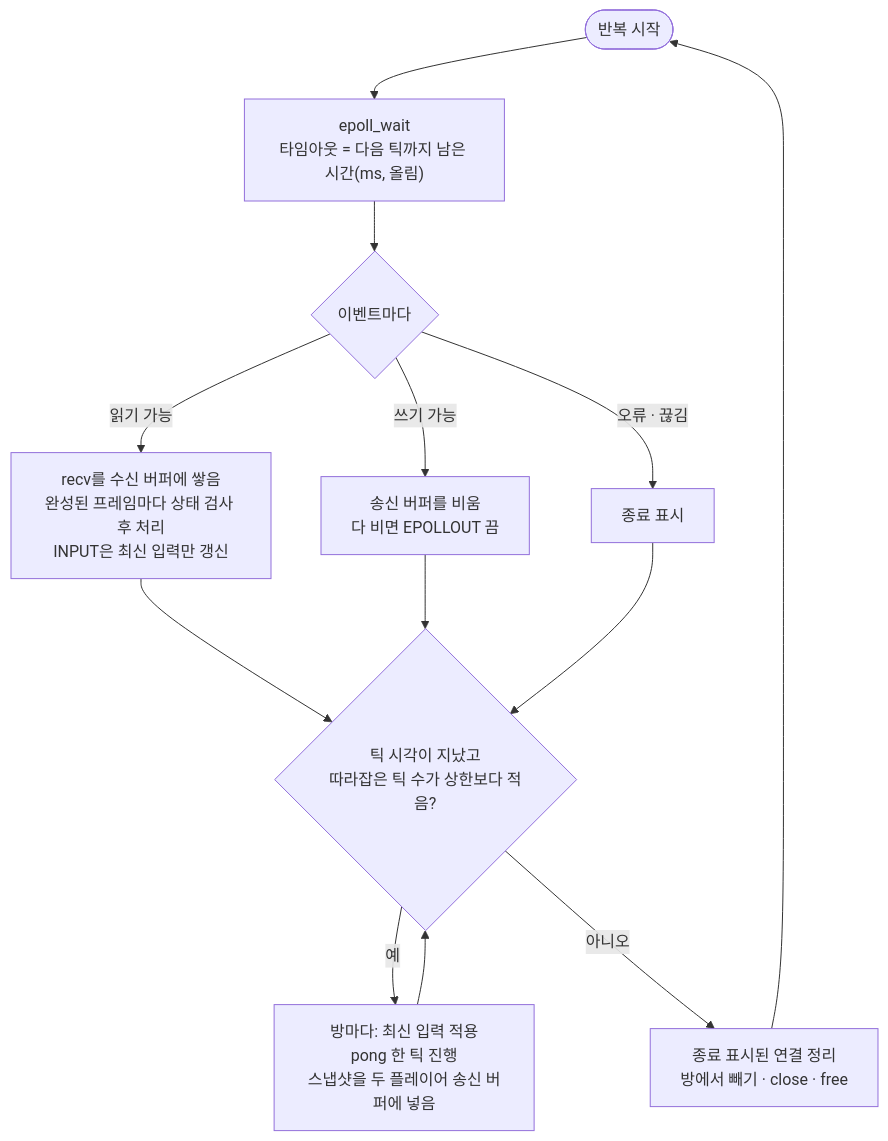
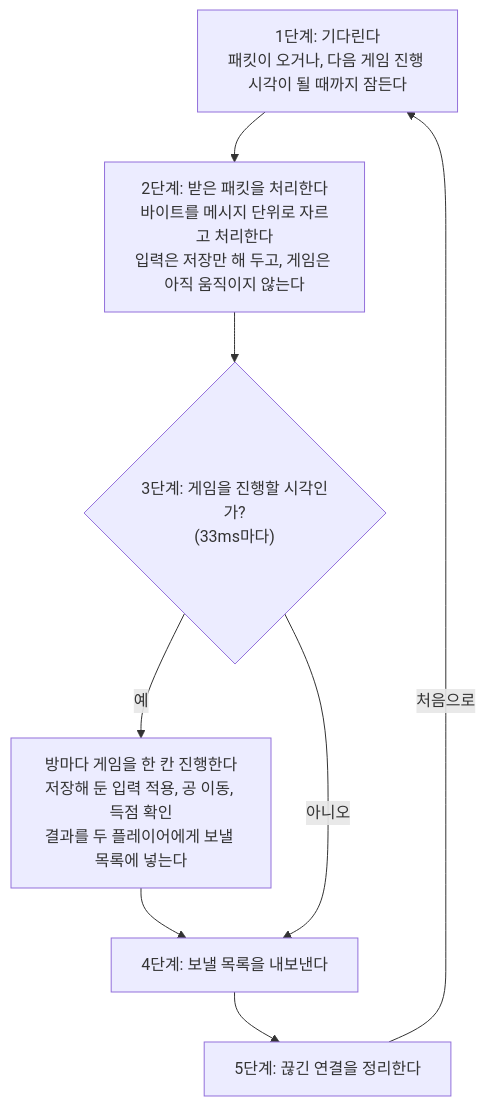
Before and after one commit to JustForLabor/Relay-Server-Practice: the second of 4 diagrams in docs/overview.md, drawn with Mermaid. The commit also changed other lines of this file and 1 other file, not shown here.

Commit message:
docs(overview): plain-language main loop and connection state diagrams; checker rule 4

````diff
--- a/docs/overview.md
+++ b/docs/overview.md
@@ -101,16 +103,14 @@
 ```mermaid
 flowchart TB
-    START(["반복 시작"]) --> WAIT["epoll_wait<br/>타임아웃 = 다음 틱까지 남은 시간(ms, 올림)"]
-    WAIT --> EV{"이벤트마다"}
-    EV -->|읽기 가능| RD["recv를 수신 버퍼에 쌓음<br/>완성된 프레임마다 상태 검사 후 처리<br/>INPUT은 최신 입력만 갱신"]
-    EV -->|쓰기 가능| WR["송신 버퍼를 비움<br/>다 비면 EPOLLOUT 끔"]
-    EV -->|오류 · 끊김| CL["종료 표시"]
-    RD --> TICK
-    WR --> TICK
-    CL --> TICK
-    TICK{"틱 시각이 지났고<br/>따라잡은 틱 수가 상한보다 적음?"}
-    TICK -->|예| SIM["방마다: 최신 입력 적용<br/>pong 한 틱 진행<br/>스냅샷을 두 플레이어 송신 버퍼에 넣음"]
-    SIM --> TICK
-    TICK -->|아니오| SWEEP["종료 표시된 연결 정리<br/>방에서 빼기 · close · free"]
-    SWEEP --> START
+    s1["1단계: 기다린다<br/>패킷이 오거나, 다음 게임 진행 시각이 될 때까지 잠든다"]
+    s2["2단계: 받은 패킷을 처리한다<br/>바이트를 메시지 단위로 자르고 처리한다<br/>입력은 저장만 해 두고, 게임은 아직 움직이지 않는다"]
+    s3{"3단계: 게임을 진행할 시각인가?<br/>(33ms마다)"}
+    s4["방마다 게임을 한 칸 진행한다<br/>저장해 둔 입력 적용, 공 이동, 득점 확인<br/>결과를 두 플레이어에게 보낼 목록에 넣는다"]
+    s5["4단계: 보낼 목록을 내보낸다"]
+    s6["5단계: 끊긴 연결을 정리한다"]
+    s1 --> s2 --> s3
+    s3 -->|예| s4 --> s5
+    s3 -->|아니오| s5
+    s5 --> s6
+    s6 -->|처음으로| s1
 ```
````
